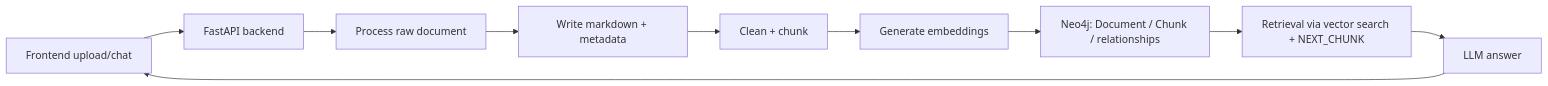
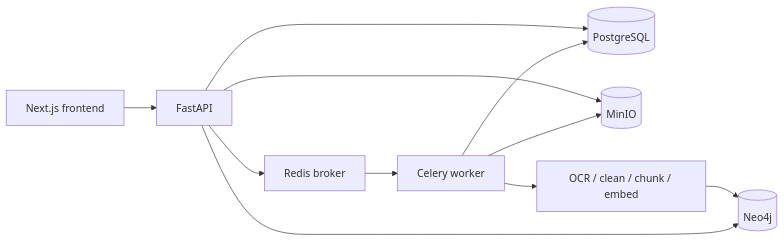
Before and after one commit to tran-kim-quang/Agent-RAG: the diagram in README.md, drawn with Mermaid. The commit also changed other lines of this file and 107 other files, not shown here.

````diff
--- a/README.md
+++ b/README.md
@@ -41,12 +7,13 @@
 ```mermaid
 flowchart LR
-    A[Frontend upload/chat] --> B[FastAPI backend]
-    B --> C[Process raw document]
-    C --> D[Write markdown + metadata]
-    D --> E[Clean + chunk]
-    E --> F[Generate embeddings]
-    F --> G[Neo4j: Document / Chunk / relationships]
-    G --> H[Retrieval via vector search + NEXT_CHUNK]
-    H --> I[LLM answer]
-    I --> A
+    UI[Next.js frontend] --> API[FastAPI]
+    API --> PG[(PostgreSQL)]
+    API --> MINIO[(MinIO)]
+    API --> REDIS[Redis broker]
+    REDIS --> WORKER[Celery worker]
+    WORKER --> MINIO
+    WORKER --> PIPELINE[OCR / clean / chunk / embed]
+    PIPELINE --> NEO[(Neo4j)]
+    WORKER --> PG
+    API --> NEO
 ```
````
